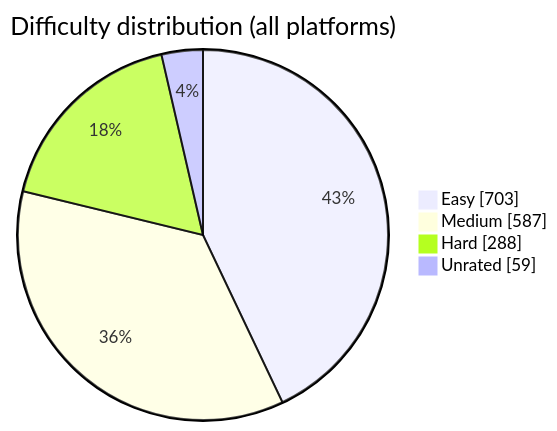
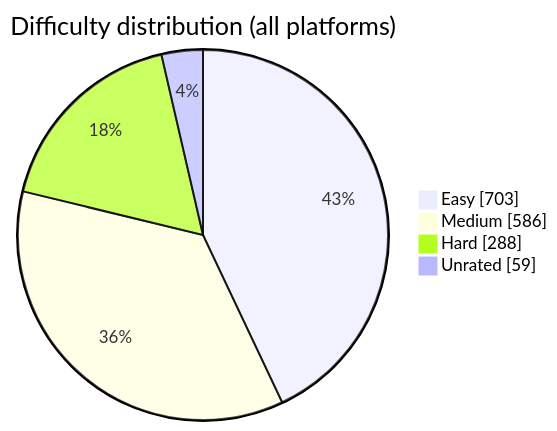
One commit to BuildbyArindam/Daily-Coding-Log changed the diagram in README.md. Above: the diagram before and after it, drawn with Mermaid. The commit also changed other lines of this file, not shown here.

````diff
--- a/README.md
+++ b/README.md
@@ -93,7 +93,7 @@
 ```mermaid
 pie showData title Difficulty distribution (all platforms)
     "Easy" : 703
-    "Medium" : 587
+    "Medium" : 586
     "Hard" : 288
     "Unrated" : 59
 ```
````
